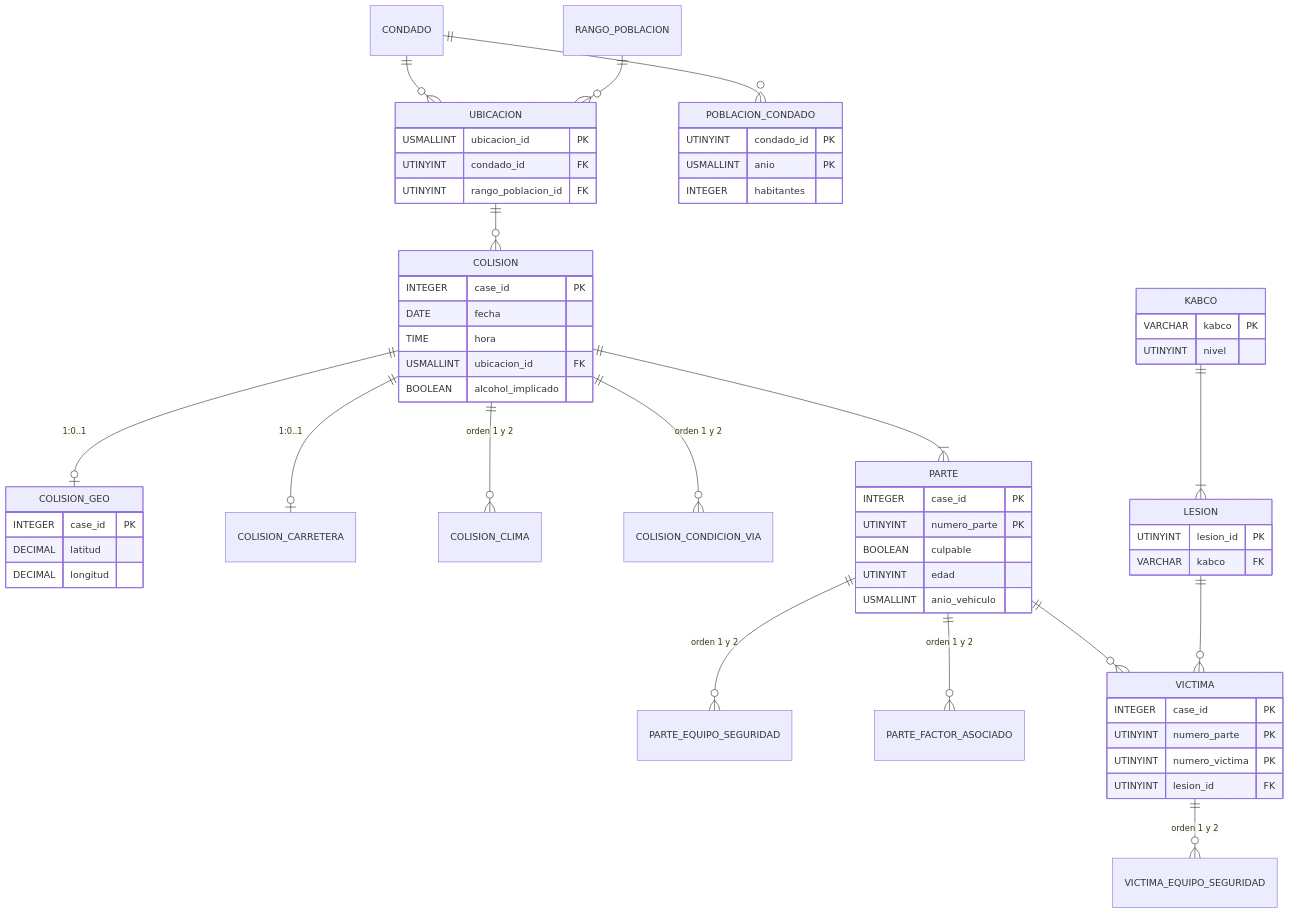
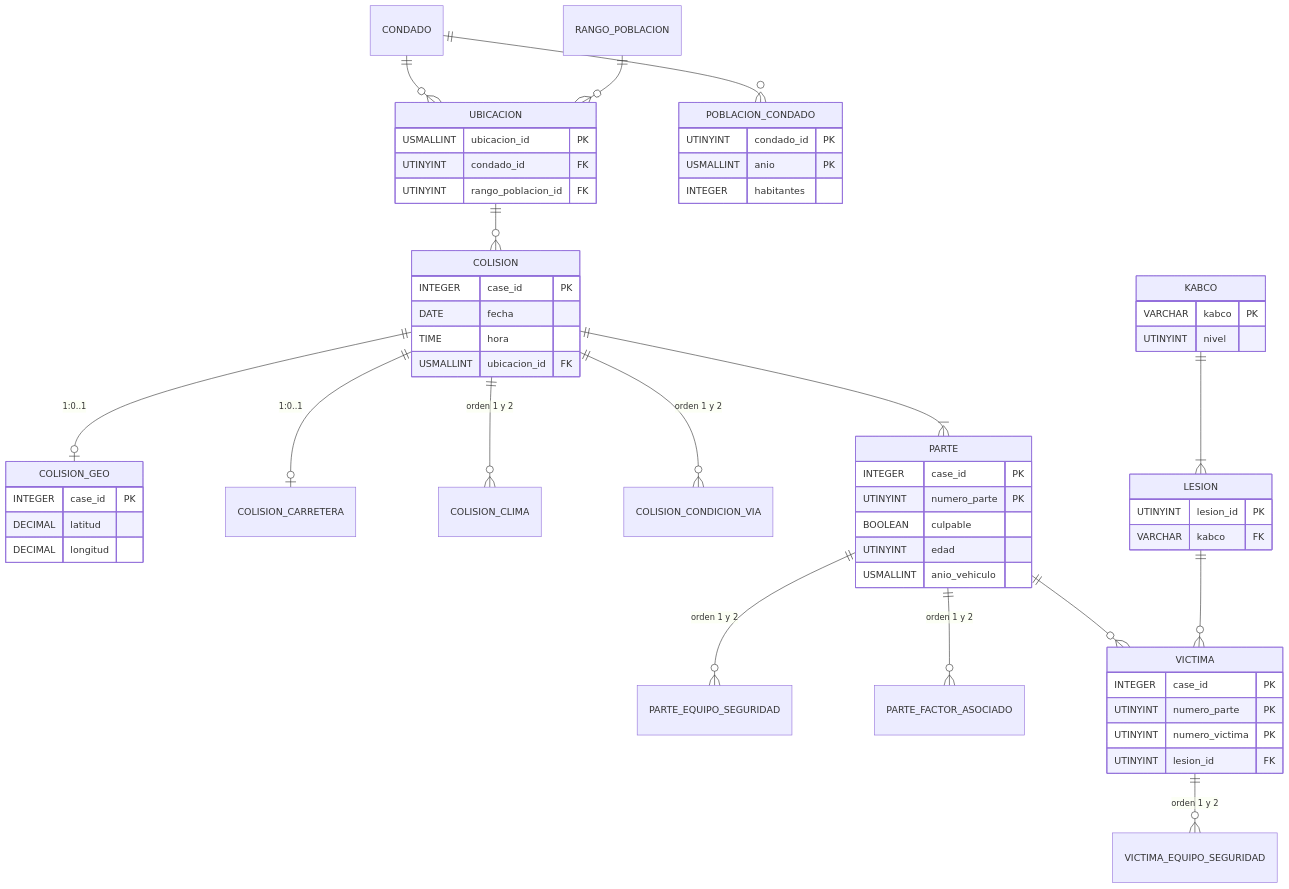
The diagram in base_de_datos/MODELADO_DE_DATOS.md (nahomiherrera1515-beep/Colisiones-California), drawn with Mermaid before and after one commit. The commit also changed other lines of this file, not shown here.

````diff
--- a/base_de_datos/MODELADO_DE_DATOS.md
+++ b/base_de_datos/MODELADO_DE_DATOS.md
@@ -18,62 +18,61 @@
 ```mermaid
 erDiagram
     CONDADO ||--o{ UBICACION : ""
     RANGO_POBLACION ||--o{ UBICACION : ""
     CONDADO ||--o{ POBLACION_CONDADO : ""
     UBICACION ||--o{ COLISION : ""
     COLISION ||--o| COLISION_GEO : "1:0..1"
     COLISION ||--o| COLISION_CARRETERA : "1:0..1"
     COLISION ||--o{ COLISION_CLIMA : "orden 1 y 2"
     COLISION ||--o{ COLISION_CONDICION_VIA : "orden 1 y 2"
     COLISION ||--|{ PARTE : ""
     PARTE ||--o{ PARTE_EQUIPO_SEGURIDAD : "orden 1 y 2"
     PARTE ||--o{ PARTE_FACTOR_ASOCIADO : "orden 1 y 2"
     PARTE ||--o{ VICTIMA : ""
     VICTIMA ||--o{ VICTIMA_EQUIPO_SEGURIDAD : "orden 1 y 2"
     KABCO ||--|{ LESION : ""
     LESION ||--o{ VICTIMA : ""
 
     COLISION {
         INTEGER case_id PK
         DATE fecha
         TIME hora
         USMALLINT ubicacion_id FK
-        BOOLEAN alcohol_implicado
     }
     PARTE {
         INTEGER case_id PK
         UTINYINT numero_parte PK
         BOOLEAN culpable
         UTINYINT edad
         USMALLINT anio_vehiculo
     }
     VICTIMA {
         INTEGER case_id PK
         UTINYINT numero_parte PK
         UTINYINT numero_victima PK
         UTINYINT lesion_id FK
     }
     COLISION_GEO {
         INTEGER case_id PK
         DECIMAL latitud
         DECIMAL longitud
     }
     UBICACION {
         USMALLINT ubicacion_id PK
         UTINYINT condado_id FK
         UTINYINT rango_poblacion_id FK
     }
     POBLACION_CONDADO {
         UTINYINT condado_id PK
         USMALLINT anio PK
         INTEGER habitantes
     }
     KABCO {
         VARCHAR kabco PK
         UTINYINT nivel
     }
     LESION {
         UTINYINT lesion_id PK
         VARCHAR kabco FK
     }
 ```
````
